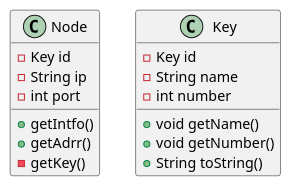
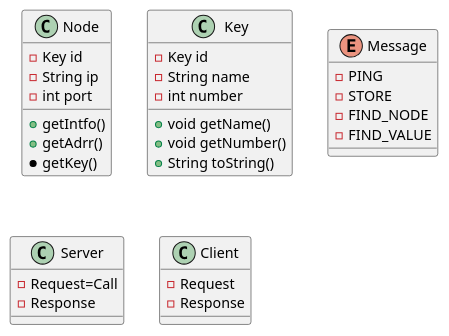
The diagram in docs/distributed-legder-overview.md (GoliathHagar/distributed_legder_kademlia), drawn with PlantUML before and after one commit. The commit also changed other lines of this file, not shown here.

````diff
--- a/docs/distributed-legder-overview.md
+++ b/docs/distributed-legder-overview.md
@@ -7,23 +7,43 @@
 ```plantuml
 @startuml
   class Node {
     - Key id
     - String ip
     - int port 
     
     + getIntfo()
     + getAdrr()
-    - getKey()
+    * getKey()
   } 
   
   class Key {
     - Key id
     - String name
     - int number 
     
     +void getName()
     +void getNumber()
     +String toString()
   }
+  
+  enum Message {
+    - PING
+    - STORE
+    - FIND_NODE
+    - FIND_VALUE
+  }
+  
+  class Server {
+    - Request=Call
+    - Response
+  }
+  
+  class Client { 
+    - Request
+    - Response
+  }
+  
+  
+   
 @enduml
 ```
````
